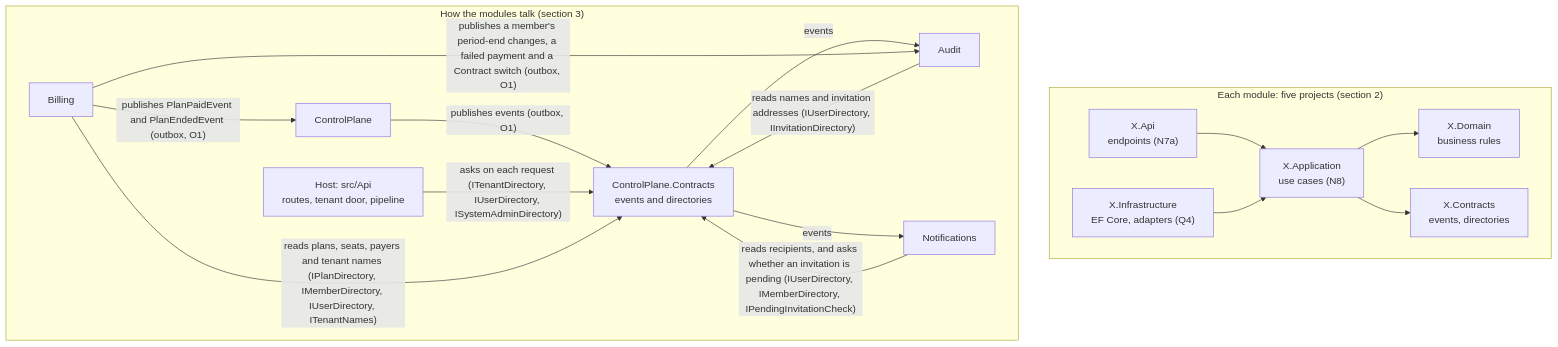
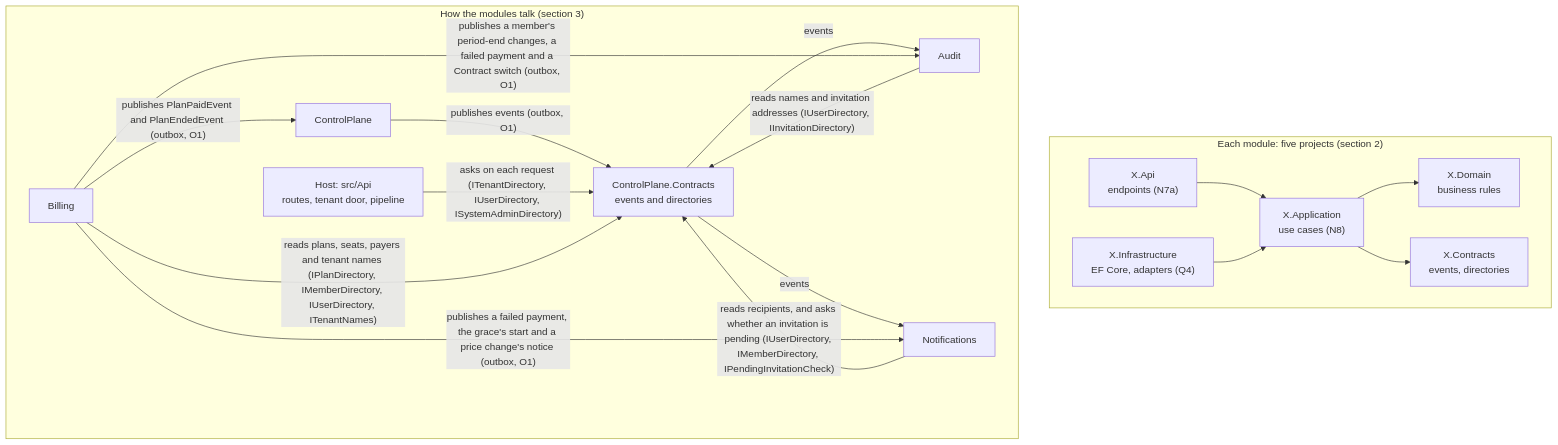
The diagram in apps/api/docs/ARCHITECTURE.md (sufyant/multi-tenant-saas-starter), drawn with Mermaid before and after one commit. The commit also changed other lines of this file and 73 other files, not shown here.

````diff
--- a/apps/api/docs/ARCHITECTURE.md
+++ b/apps/api/docs/ARCHITECTURE.md
@@ -13,28 +13,29 @@
 ```mermaid
 flowchart TB
   subgraph module["Each module: five projects (section 2)"]
     direction LR
     api["X.Api<br/>endpoints (N7a)"] --> app["X.Application<br/>use cases (N8)"]
     app --> domain["X.Domain<br/>business rules"]
     infra["X.Infrastructure<br/>EF Core, adapters (Q4)"] --> app
     app --> contracts["X.Contracts<br/>events, directories"]
   end
   subgraph modules["How the modules talk (section 3)"]
     direction LR
     host["Host: src/Api<br/>routes, tenant door, pipeline"]
     cp["ControlPlane"]
     cpc["ControlPlane.Contracts<br/>events and directories"]
     audit["Audit"]
     notify["Notifications"]
     billing["Billing"]
     cp -- "publishes events (outbox, O1)" --> cpc
     cpc -- "events" --> audit
     cpc -- "events" --> notify
     audit -- "reads names and invitation addresses (IUserDirectory, IInvitationDirectory)" --> cpc
     notify -- "reads recipients, and asks whether an invitation is pending (IUserDirectory, IMemberDirectory, IPendingInvitationCheck)" --> cpc
     host -- "asks on each request (ITenantDirectory, IUserDirectory, ISystemAdminDirectory)" --> cpc
     billing -- "reads plans, seats, payers and tenant names (IPlanDirectory, IMemberDirectory, IUserDirectory, ITenantNames)" --> cpc
     billing -- "publishes PlanPaidEvent and PlanEndedEvent (outbox, O1)" --> cp
     billing -- "publishes a member's period-end changes, a failed payment and a Contract switch (outbox, O1)" --> audit
+    billing -- "publishes a failed payment, the grace's start and a price change's notice (outbox, O1)" --> notify
   end
 ```
````
